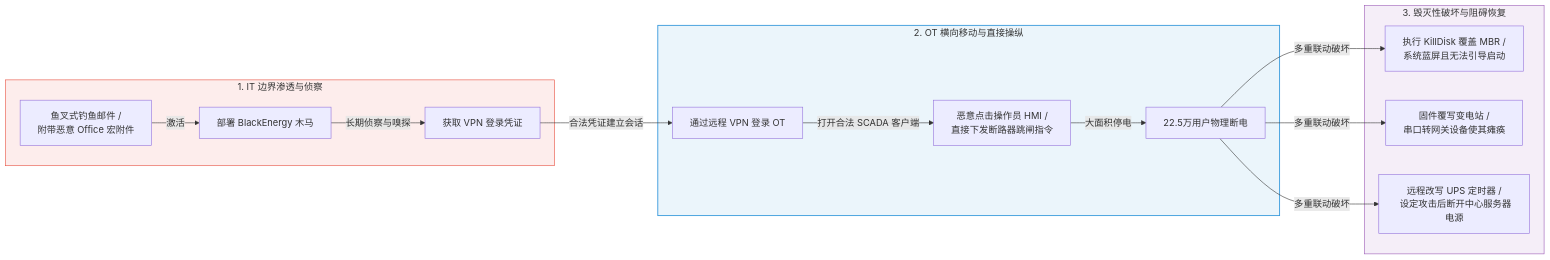
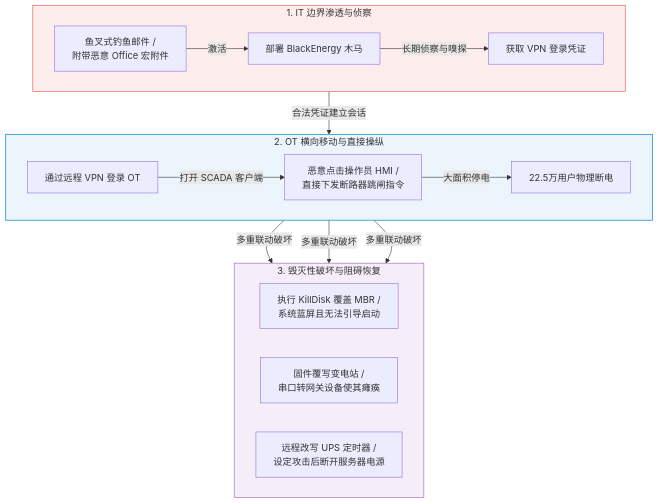
One commit to Bo331/power-data-breach-literature changed the diagram in 05_正式资料原文/02_AI提取与汇编/03_乌克兰关键基础设施网络攻击_深度精读.md. Above: the diagram before and after it, drawn with Mermaid. The commit also changed 1 other file, not shown here.

Commit message:
style: optimize layout to balance diagram sizes and prevent shrinking/stretching

````diff
--- a/05_正式资料原文/02_AI提取与汇编/03_乌克兰关键基础设施网络攻击_深度精读.md
+++ b/05_正式资料原文/02_AI提取与汇编/03_乌克兰关键基础设施网络攻击_深度精读.md
@@ -13,23 +13,30 @@
 ```mermaid
-graph LR
+flowchart TD
     subgraph Phase1_IT [" 1. IT 边界渗透与侦察 "]
+        direction LR
         A[" 鱼叉式钓鱼邮件 /<br/> 附带恶意 Office 宏附件 "] -->|激活| B[" 部署 BlackEnergy 木马 "]
         B -->|长期侦察与嗅探| C[" 获取 VPN 登录凭证 "]
     end
 
     subgraph Phase2_OT [" 2. OT 横向移动与直接操纵 "]
-        C -->|合法凭证建立会话| D[" 通过远程 VPN 登录 OT "]
-        D -->|打开合法 SCADA 客户端| E[" 恶意点击操作员 HMI /<br/> 直接下发断路器跳闸指令 "]
+        direction LR
+        D[" 通过远程 VPN 登录 OT "] -->|打开 SCADA 客户端| E[" 恶意点击操作员 HMI /<br/> 直接下发断路器跳闸指令 "]
         E -->|大面积停电| F[" 22.5万用户物理断电 "]
     end
 
     subgraph Phase3_Disrupt [" 3. 毁灭性破坏与阻碍恢复 "]
-        F -->|多重联动破坏| G1[" 执行 KillDisk 覆盖 MBR /<br/> 系统蓝屏且无法引导启动 "]
-        F -->|多重联动破坏| G2[" 固件覆写变电站 /<br/> 串口转网关设备使其瘫痪 "]
-        F -->|多重联动破坏| G3[" 远程改写 UPS 定时器 /<br/> 设定攻击后断开中心服务器电源 "]
+        direction LR
+        G1[" 执行 KillDisk 覆盖 MBR /<br/> 系统蓝屏且无法引导启动 "]
+        G2[" 固件覆写变电站 /<br/> 串口转网关设备使其瘫痪 "]
+        G3[" 远程改写 UPS 定时器 /<br/> 设定攻击后断开服务器电源 "]
     end
+
+    C -->|合法凭证建立会话| D
+    F -->|多重联动破坏| G1
+    F -->|多重联动破坏| G2
+    F -->|多重联动破坏| G3
 
     style Phase1_IT fill:#fdedec,stroke:#e74c3c,stroke-width:1px
     style Phase2_OT fill:#ebf5fb,stroke:#3498db,stroke-width:1.5px
     style Phase3_Disrupt fill:#f5eef8,stroke:#9b59b6,stroke-width:1px
 ```
````
